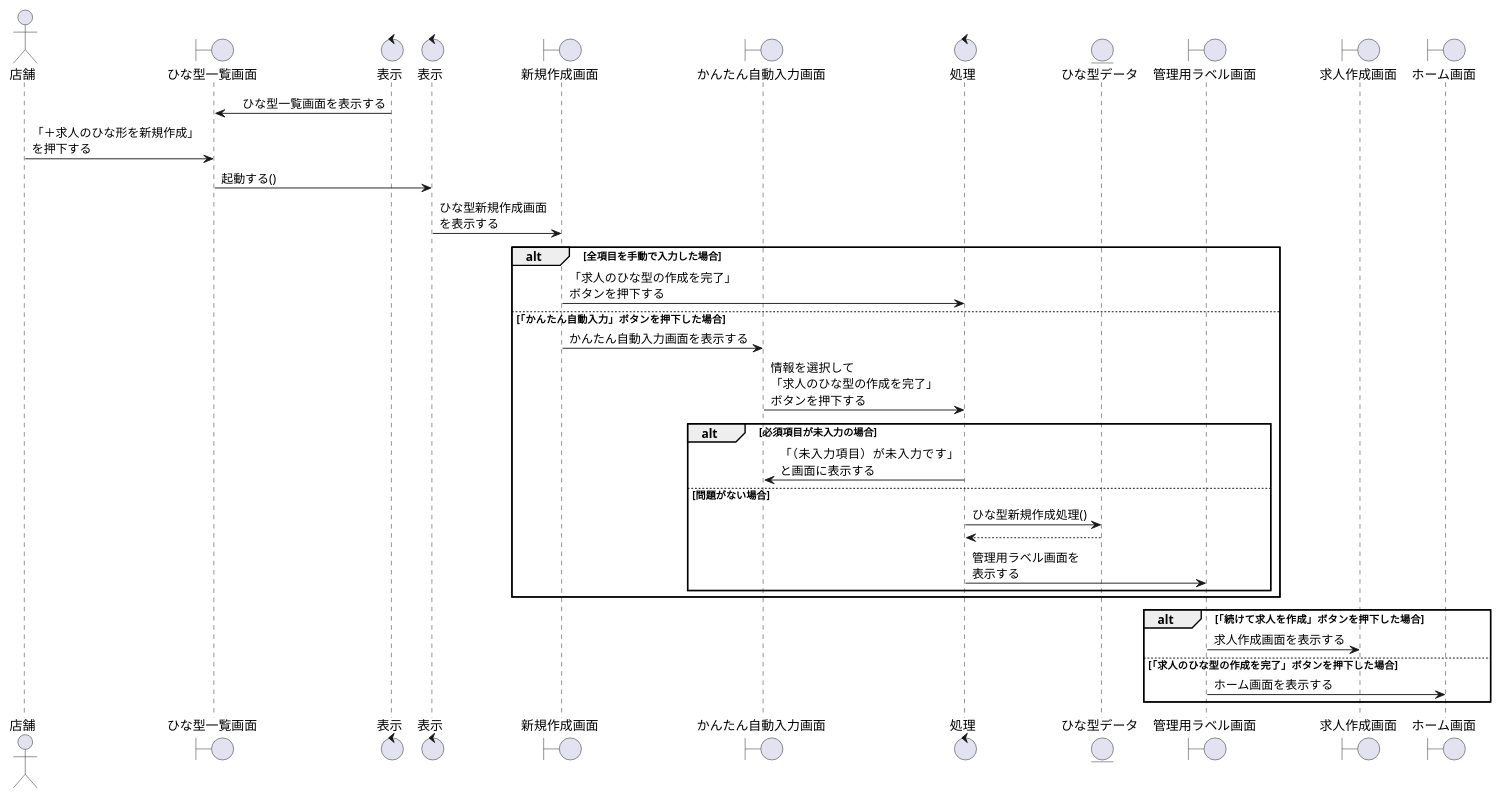
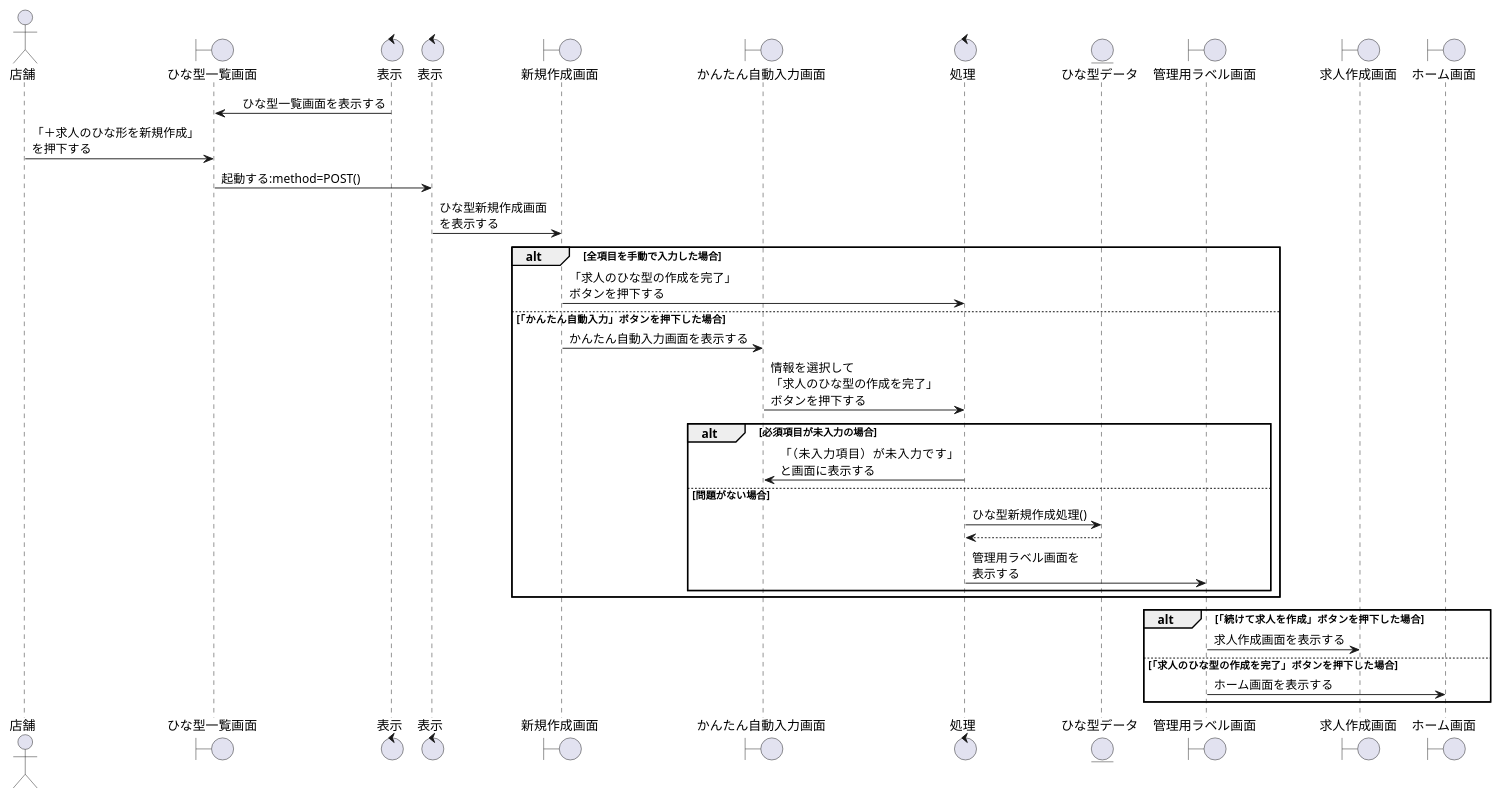
Before and after one commit to irukacb256/high_Me: the diagram in sequence_fig/8_storeside_fn/02_求人のひな形を作成する.pu, drawn with PlantUML. The commit also changed 11 other files, not shown here.

```diff
--- a/sequence_fig/8_storeside_fn/02_求人のひな形を作成する.pu
+++ b/sequence_fig/8_storeside_fn/02_求人のひな形を作成する.pu
@@ -1,45 +1,46 @@
 @startuml 求人のひな形を作成する
 
 actor 店舗 as cp1
 boundary ひな型一覧画面 as b1
 control 表示 as co1
 control 表示 as co2
 boundary 新規作成画面 as b2
 boundary かんたん自動入力画面 as b3
 control 処理 as co4
-entity ひな型データ as e1
+entity ひな型データ as en1
 boundary 管理用ラベル画面 as b4
 boundary 求人作成画面 as b5
 boundary ホーム画面 as b6
 
-
 b1 <- co1 :　ひな型一覧画面を表示する
 cp1 -> b1 :「＋求人のひな形を新規作成」\nを押下する
-b1  -> co2 :起動する()
+b1  -> co2 :起動する:method=POST()
 co2 -> b2 :ひな型新規作成画面\nを表示する
-    alt 全項目を手動で入力した場合
-    b2  -> co4 :「求人のひな型の作成を完了」\nボタンを押下する
-    else 「かんたん自動入力」ボタンを押下した場合
-    b2 -> b3 :かんたん自動入力画面を表示する
 
-    b3  -> co4 :情報を選択して\n「求人のひな型の作成を完了」\nボタンを押下する
-        alt 必須項目が未入力の場合
-        b3 <- co4 :「（未入力項目）が未入力です」\nと画面に表示する
-        else 問題がない場合
-        co4 -> e1 :ひな型新規作成処理()
-        co4 <-- e1
-        co4 -> b4 :管理用ラベル画面を\n表示する
+alt 全項目を手動で入力した場合
+b2  -> co4 :「求人のひな型の作成を完了」\nボタンを押下する
 
-        end
+else 「かんたん自動入力」ボタンを押下した場合
+b2 -> b3 :かんたん自動入力画面を表示する
+b3  -> co4 :情報を選択して\n「求人のひな型の作成を完了」\nボタンを押下する
+
+    alt 必須項目が未入力の場合
+    b3 <- co4 :「（未入力項目）が未入力です」\nと画面に表示する
+  
+    else 問題がない場合
+    co4 -> en1 :ひな型新規作成処理()
+    co4 <-- en1
+    co4 -> b4 :管理用ラベル画面を\n表示する
+ 
     end
+end
 
-    alt 「続けて求人を作成」ボタンを押下した場合
-    b4 -> b5 :求人作成画面を表示する
-    else 「求人のひな型の作成を完了」ボタンを押下した場合
-    b4 -> b6 :ホーム画面を表示する
+alt 「続けて求人を作成」ボタンを押下した場合
+b4 -> b5 :求人作成画面を表示する
+    
+else 「求人のひな型の作成を完了」ボタンを押下した場合
+b4 -> b6 :ホーム画面を表示する
 
-    end
-
-
+end
 
 @enduml
```
